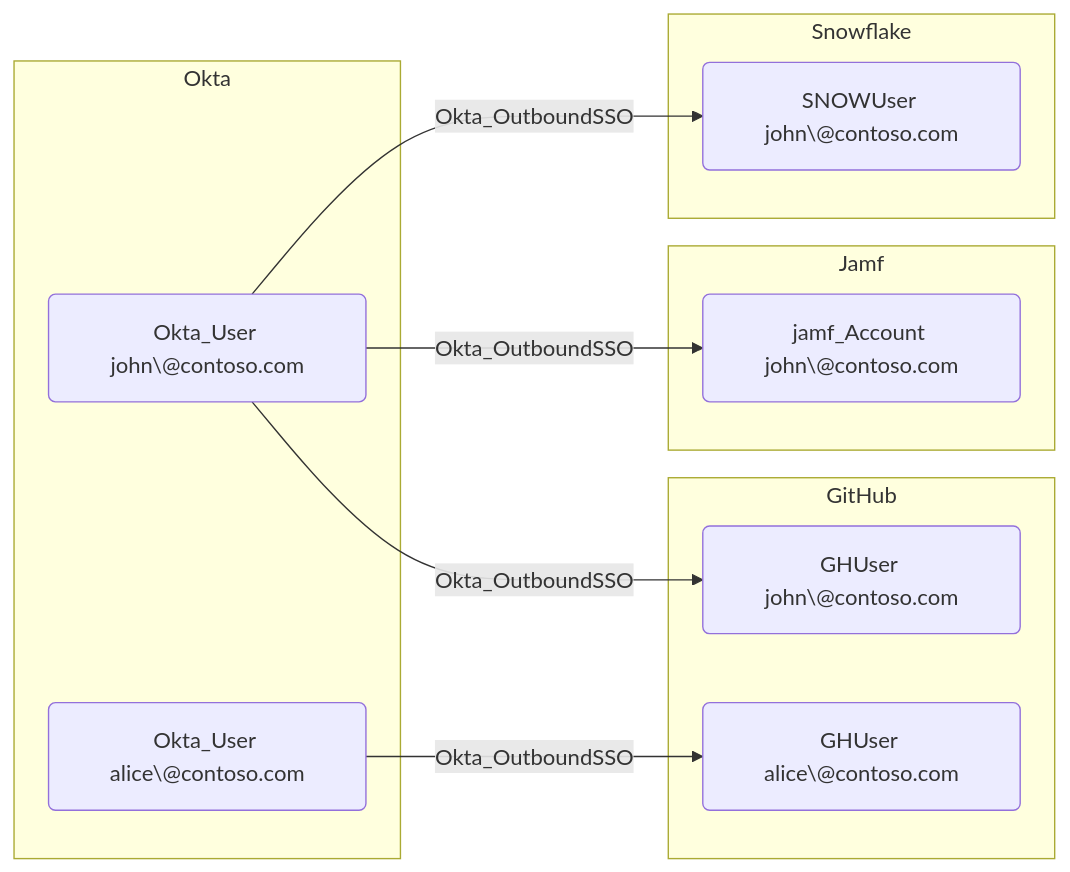
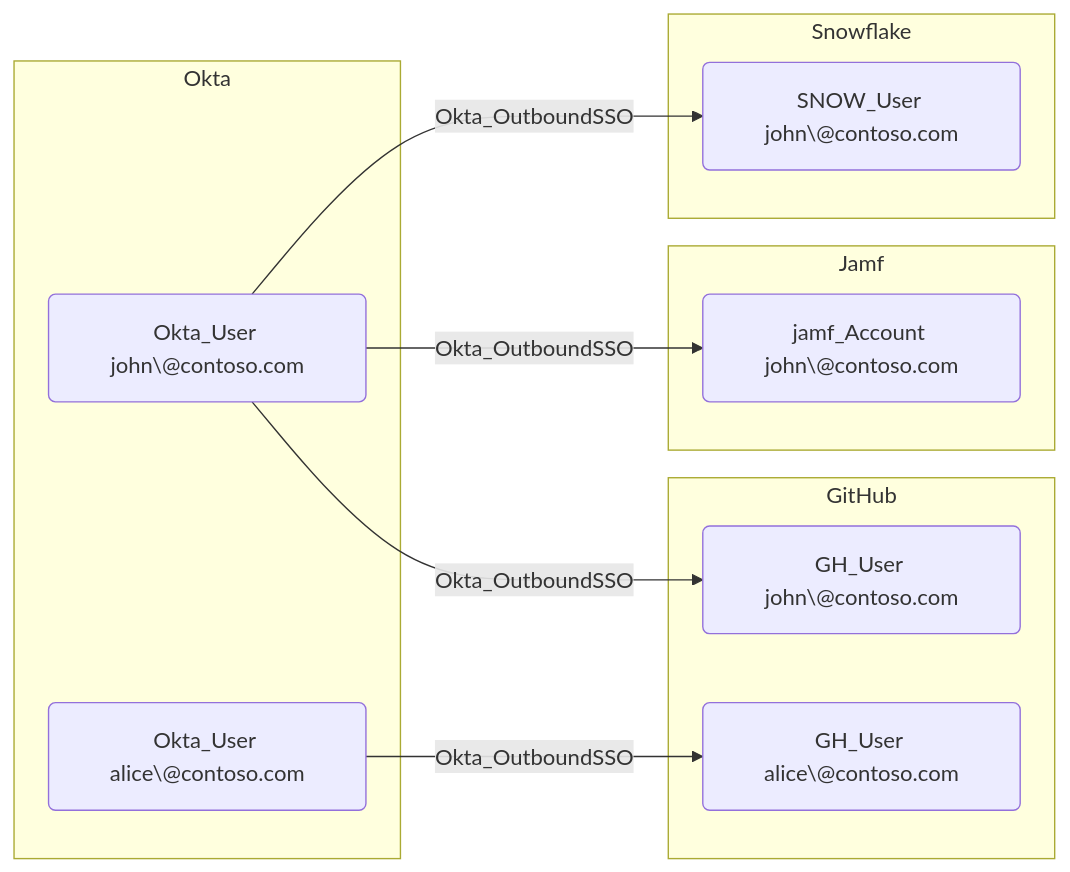
One commit to SpecterOps/OktaHound changed the diagram in Documentation/EdgeDescriptions/Okta_OutboundSSO.md. Above: the diagram before and after it, drawn with Mermaid. The commit also changed other lines of this file and 14 other files, not shown here.

````diff
--- a/Documentation/EdgeDescriptions/Okta_OutboundSSO.md
+++ b/Documentation/EdgeDescriptions/Okta_OutboundSSO.md
@@ -12,21 +12,21 @@
 ```mermaid
 graph LR
     subgraph okta["Okta"]
         u1("Okta_User john\@contoso.com")
         u2("Okta_User alice\@contoso.com")
     end
     subgraph github["GitHub"]
-        ghu1("GHUser john\@contoso.com")
-        ghu2("GHUser alice\@contoso.com")
+        ghu1("GH_User john\@contoso.com")
+        ghu2("GH_User alice\@contoso.com")
     end
     subgraph jamf["Jamf"]
         jamfu1("jamf_Account john\@contoso.com")
     end
     subgraph snowflake["Snowflake"]
-        snu1("SNOWUser john\@contoso.com")
+        snu1("SNOW_User john\@contoso.com")
     end
     u1 -- Okta_OutboundSSO --> ghu1
     u1 -- Okta_OutboundSSO --> jamfu1
     u2 -- Okta_OutboundSSO --> ghu2
     u1 -- Okta_OutboundSSO --> snu1
 ```
````
